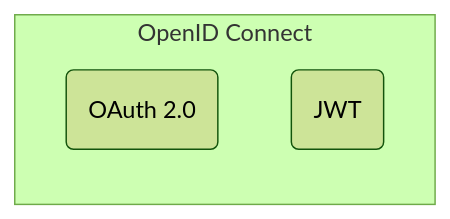
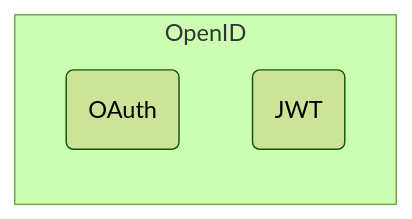
Before and after one commit to danzay42/Wiki: the diagram in CS/Authentication & Authorization.md, drawn with Mermaid (forest theme). The commit also changed other lines of this file, not shown here.

````diff
--- a/CS/Authentication & Authorization.md
+++ b/CS/Authentication & Authorization.md
@@ -11,7 +11,7 @@
 ```mermaid
 flowchart LR
-subgraph OpenID Connect
-A(OAuth 2.0)
+subgraph OpenID
+A(OAuth)
 B(JWT)
 end
 ```
````
